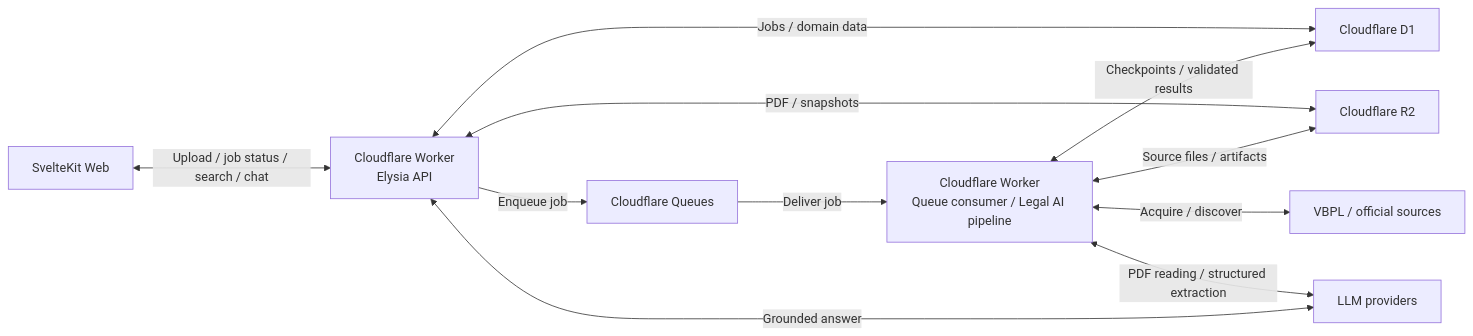
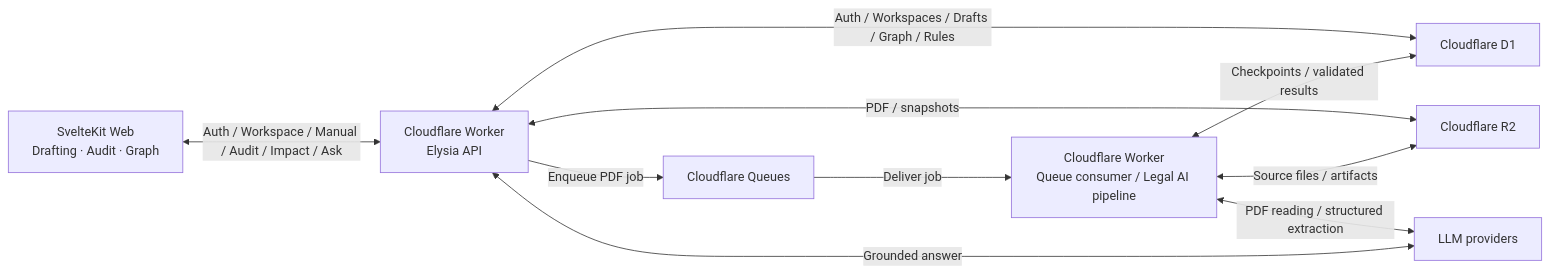
The sixth of 42 diagrams in docs/srs.md (NamPE286/INT3011E_6), drawn with Mermaid before and after one commit. The commit also changed other lines of this file and 7 other files, not shown here.

Commit message:
docs: align SRS v1.0 and project docs with law drafting, logic audit, and impact scope

````diff
--- a/docs/srs.md
+++ b/docs/srs.md
@@ -475,13 +489,12 @@
 ```mermaid
 flowchart LR
-    Web["SvelteKit Web"] <-->|"Upload / job status / search / chat"| API["Cloudflare Worker<br/>Elysia API"]
-    API <-->|"Jobs / domain data"| D1["Cloudflare D1"]
+    Web["SvelteKit Web<br/>Drafting · Audit · Graph"] <-->|"Auth / Workspace / Manual / Audit / Impact / Ask"| API["Cloudflare Worker<br/>Elysia API"]
+    API <-->|"Auth / Workspaces / Drafts / Graph / Rules"| D1["Cloudflare D1"]
     API <-->|"PDF / snapshots"| R2["Cloudflare R2"]
-    API -->|"Enqueue job"| Queue["Cloudflare Queues"]
+    API -->|"Enqueue PDF job"| Queue["Cloudflare Queues"]
     Queue -->|"Deliver job"| Consumer["Cloudflare Worker<br/>Queue consumer / Legal AI pipeline"]
     Consumer <-->|"Checkpoints / validated results"| D1
     Consumer <-->|"Source files / artifacts"| R2
-    Consumer <-->|"Acquire / discover"| Source["VBPL / official sources"]
     Consumer <-->|"PDF reading / structured extraction"| AI["LLM providers"]
     API <-->|"Grounded answer"| AI
 ```
````
